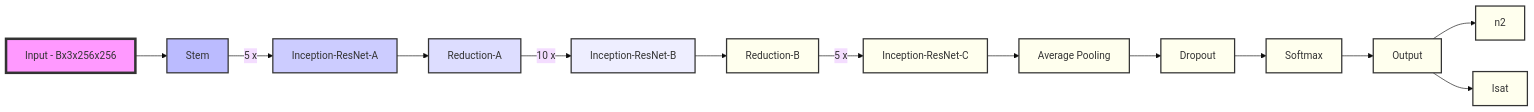
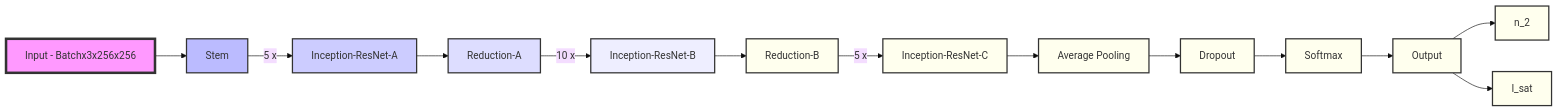
One commit to Quantum-Optics-LKB/xp2nlse-ml changed the first of 3 diagrams in README.md. Above: the diagram before and after it, drawn with Mermaid (base theme). The commit also changed other lines of this file, not shown here.

Commit message:
good flow

````diff
--- a/README.md
+++ b/README.md
@@ -44,29 +44,29 @@
 ```mermaid
 graph LR
-    A[Input - Bx3x256x256] --> B[Stem]
+    A[Input - Batchx3x256x256] --> B[Stem]
     B -->|5 x| C[Inception-ResNet-A]
     C --> D[Reduction-A]
     D -->|10 x| E[Inception-ResNet-B]
     E --> F[Reduction-B]
     F -->|5 x| G[Inception-ResNet-C]
     G --> H[Average Pooling]
     H --> I[Dropout]
     I --> J[Softmax]
     J --> K[Output]
-    K --> L[n2]
-    K --> M[Isat]
+    K --> L[n_2]
+    K --> M[I_sat]
 
     style A fill:#f9f,stroke:#333,stroke-width:4px
     style B fill:#bbf,stroke:#333,stroke-width:2px
     style C fill:#ccf,stroke:#333,stroke-width:2px
     style D fill:#ddf,stroke:#333,stroke-width:2px
     style E fill:#eef,stroke:#333,stroke-width:2px
     style F fill:#ffe,stroke:#333,stroke-width:2px
     style G fill:#ffe,stroke:#333,stroke-width:2px
     style H fill:#ffe,stroke:#333,stroke-width:2px
     style I fill:#ffe,stroke:#333,stroke-width:2px
     style J fill:#ffe,stroke:#333,stroke-width:2px
     style K fill:#ffe,stroke:#333,stroke-width:2px
     style L fill:#ffe,stroke:#333,stroke-width:2px
     style M fill:#ffe,stroke:#333,stroke-width:2px
 ```
````
